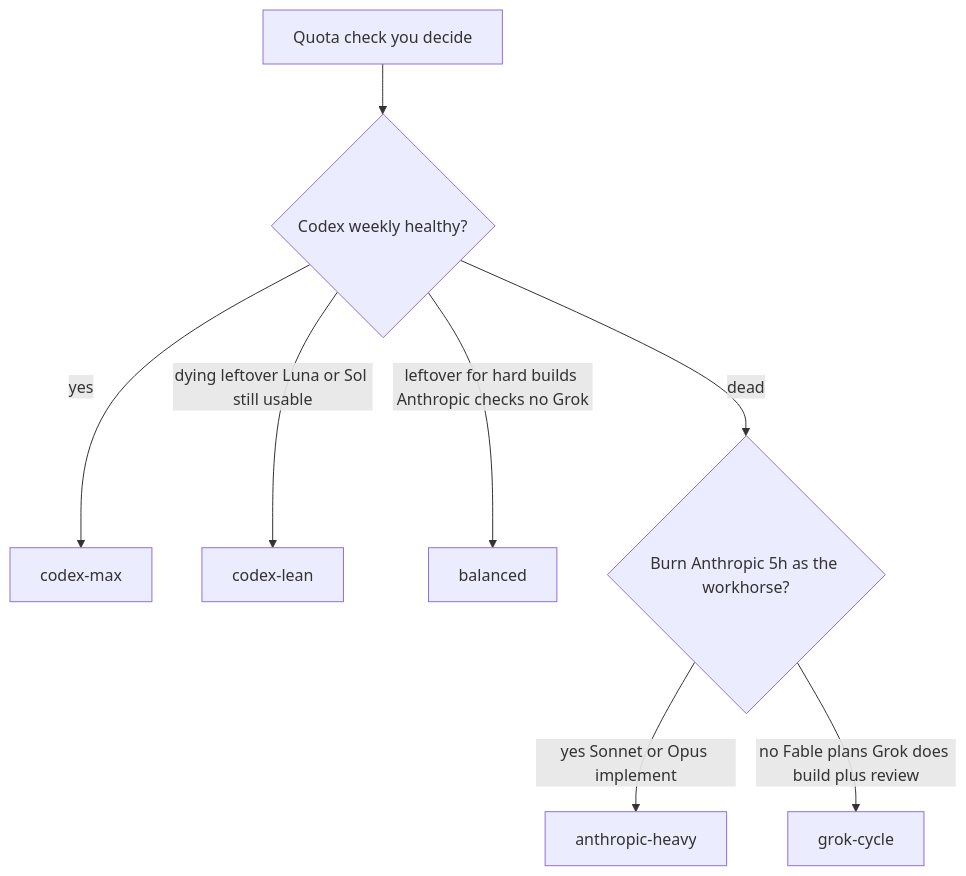
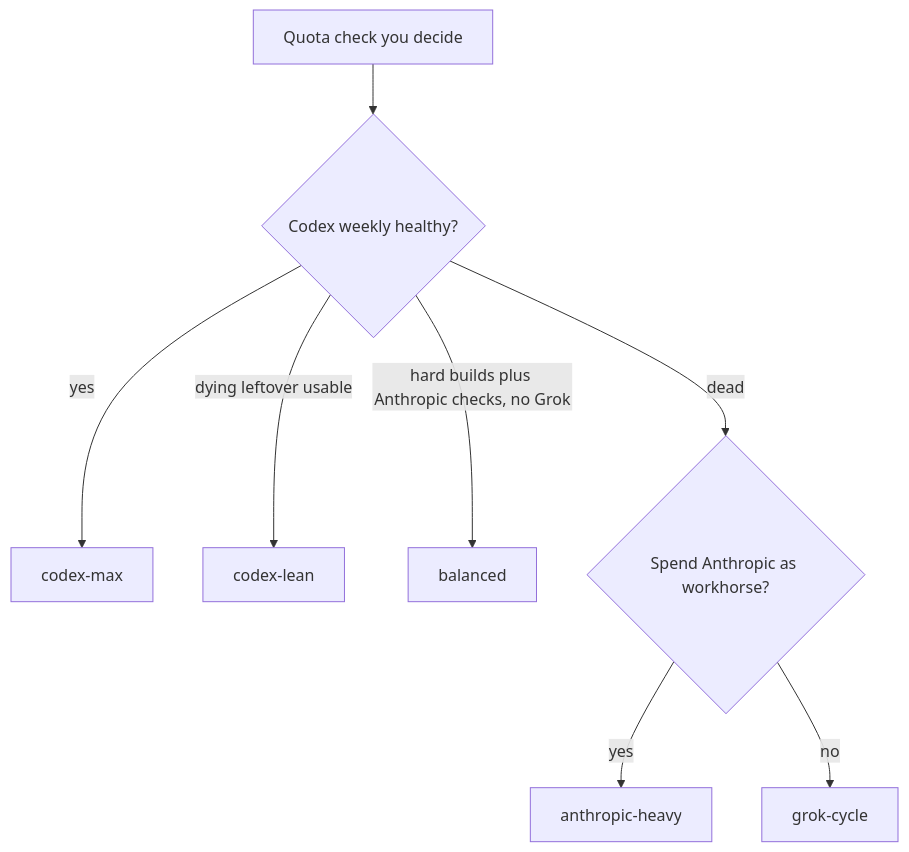
One commit to nourhelmi/pi-meta-harness changed the second of 2 diagrams in docs/intelligence-profiles.md. Above: the diagram before and after it, drawn with Mermaid. The commit also changed other lines of this file and 23 other files, not shown here.

````diff
--- a/docs/intelligence-profiles.md
+++ b/docs/intelligence-profiles.md
@@ -146,10 +92,10 @@
 ```mermaid
 flowchart TD
   Start[Quota check you decide] --> CodexQ{Codex weekly healthy?}
   CodexQ -->|yes| UseCM[codex-max]
-  CodexQ -->|dying leftover Luna or Sol still usable| UseCL[codex-lean]
-  CodexQ -->|leftover for hard builds Anthropic checks no Grok| UseBA[balanced]
-  CodexQ -->|dead| AnthQ{Burn Anthropic 5h as the workhorse?}
-  AnthQ -->|yes Sonnet or Opus implement| UseAH[anthropic-heavy]
-  AnthQ -->|no Fable plans Grok does build plus review| UseGC[grok-cycle]
+  CodexQ -->|dying leftover usable| UseCL[codex-lean]
+  CodexQ -->|hard builds plus Anthropic checks, no Grok| UseBA[balanced]
+  CodexQ -->|dead| AnthQ{Spend Anthropic as workhorse?}
+  AnthQ -->|yes| UseAH[anthropic-heavy]
+  AnthQ -->|no| UseGC[grok-cycle]
 ```
````
